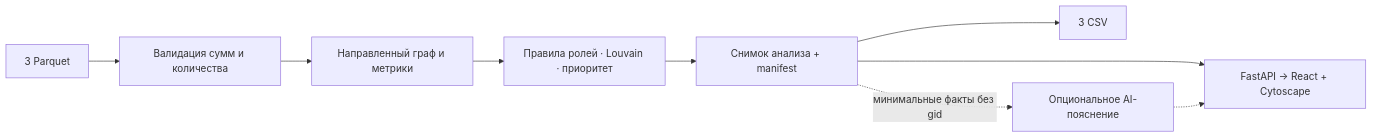
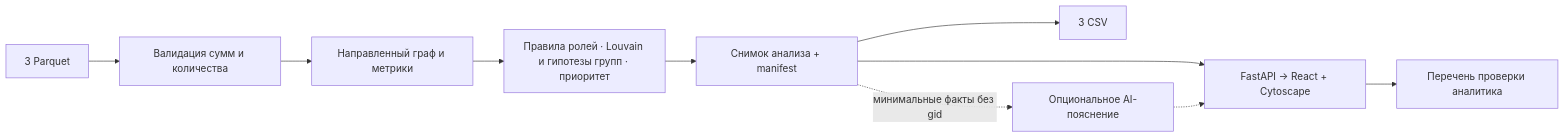
One commit to BAITC-Hacks/hack-9fee8947-uniqore-ai changed the diagram in README.md. Above: the diagram before and after it, drawn with Mermaid. The commit also changed other lines of this file and 13 other files, not shown here.

````diff
--- a/README.md
+++ b/README.md
@@ -95,11 +98,12 @@
 ```mermaid
 flowchart LR
     A["3 Parquet"] --> B["Валидация сумм и количества"]
     B --> C["Направленный граф и метрики"]
-    C --> D["Правила ролей · Louvain · приоритет"]
+    C --> D["Правила ролей · Louvain и гипотезы групп · приоритет"]
     D --> E["Снимок анализа + manifest"]
     E --> F["3 CSV"]
     E --> G["FastAPI → React + Cytoscape"]
+    G --> I["Перечень проверки аналитика"]
     E -. "минимальные факты без gid" .-> H["Опциональное AI-пояснение"]
     H -.-> G
 ```
````
